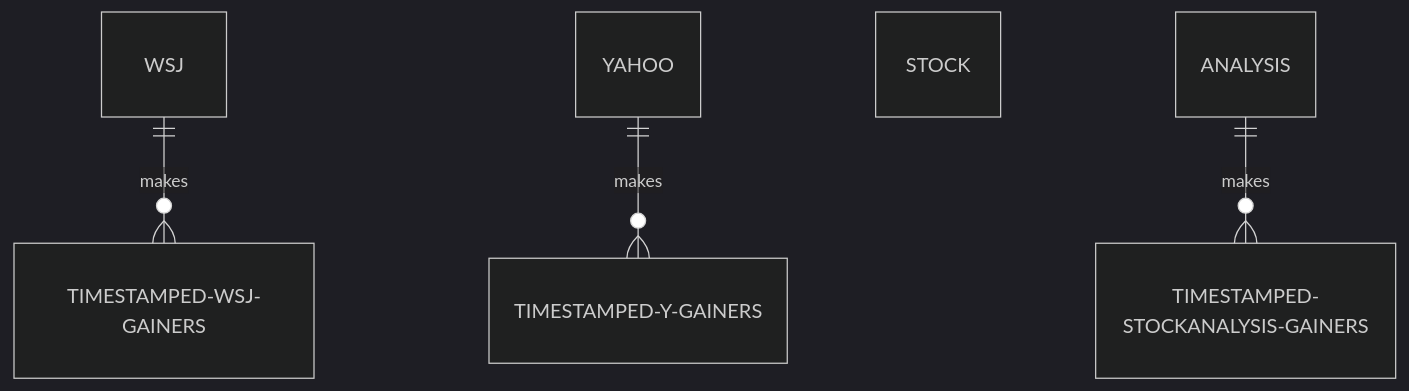
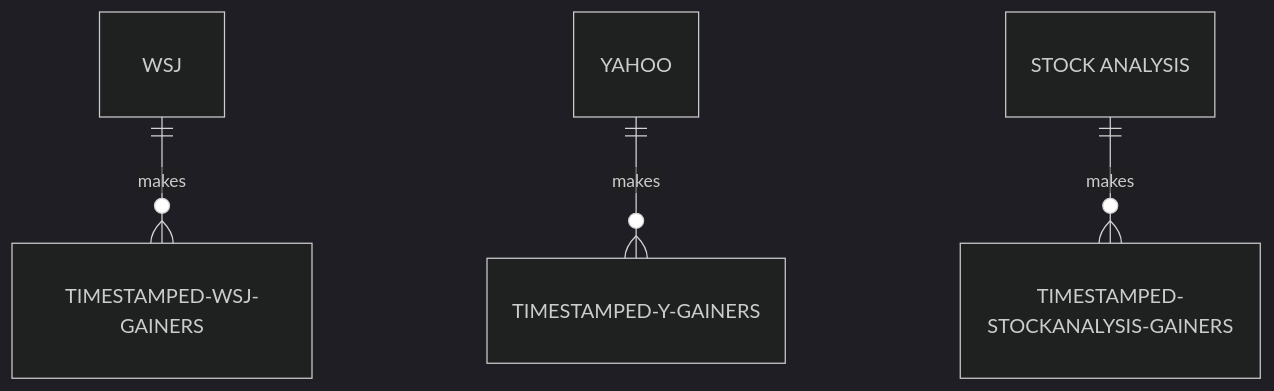
One commit to KazBarker/SP25_DS5111_nrg6cb changed the first of 2 diagrams in ERD/ERD.md. Above: the diagram before and after it, drawn with Mermaid (dark theme).

Commit message:
more space testing

````diff
--- a/ERD/ERD.md
+++ b/ERD/ERD.md
@@ -2,6 +2,6 @@
 ```mermaid
 erDiagram
     WSJ only one to zero or more TIMESTAMPED-WSJ-GAINERS : makes
     YAHOO only one to zero or more TIMESTAMPED-Y-GAINERS : makes
-    STOCK ANALYSIS only one to zero or more TIMESTAMPED-STOCKANALYSIS-GAINERS : makes
+    "STOCK ANALYSIS" only one to zero or more TIMESTAMPED-STOCKANALYSIS-GAINERS : makes
 ```
````
